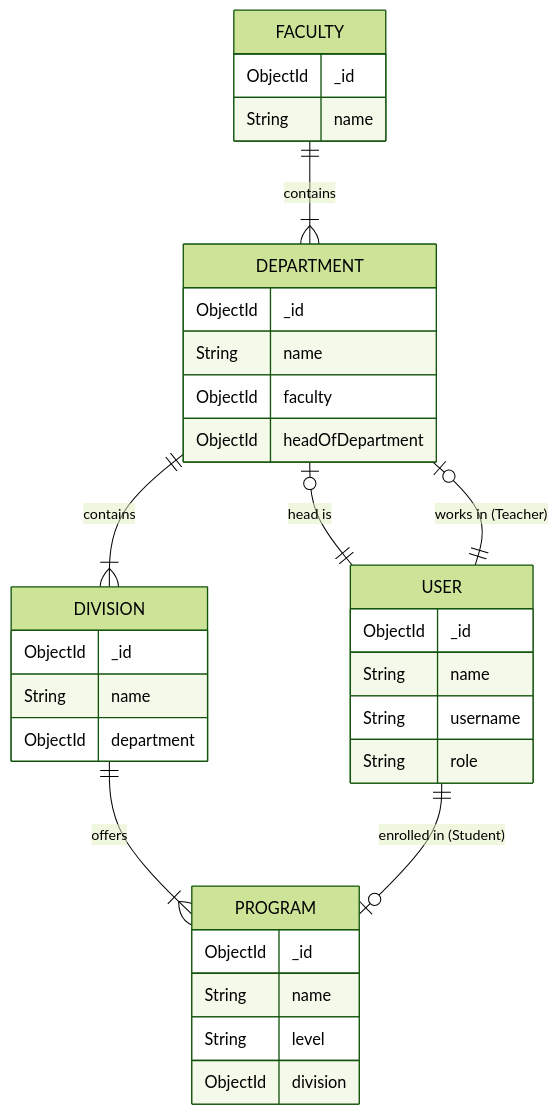
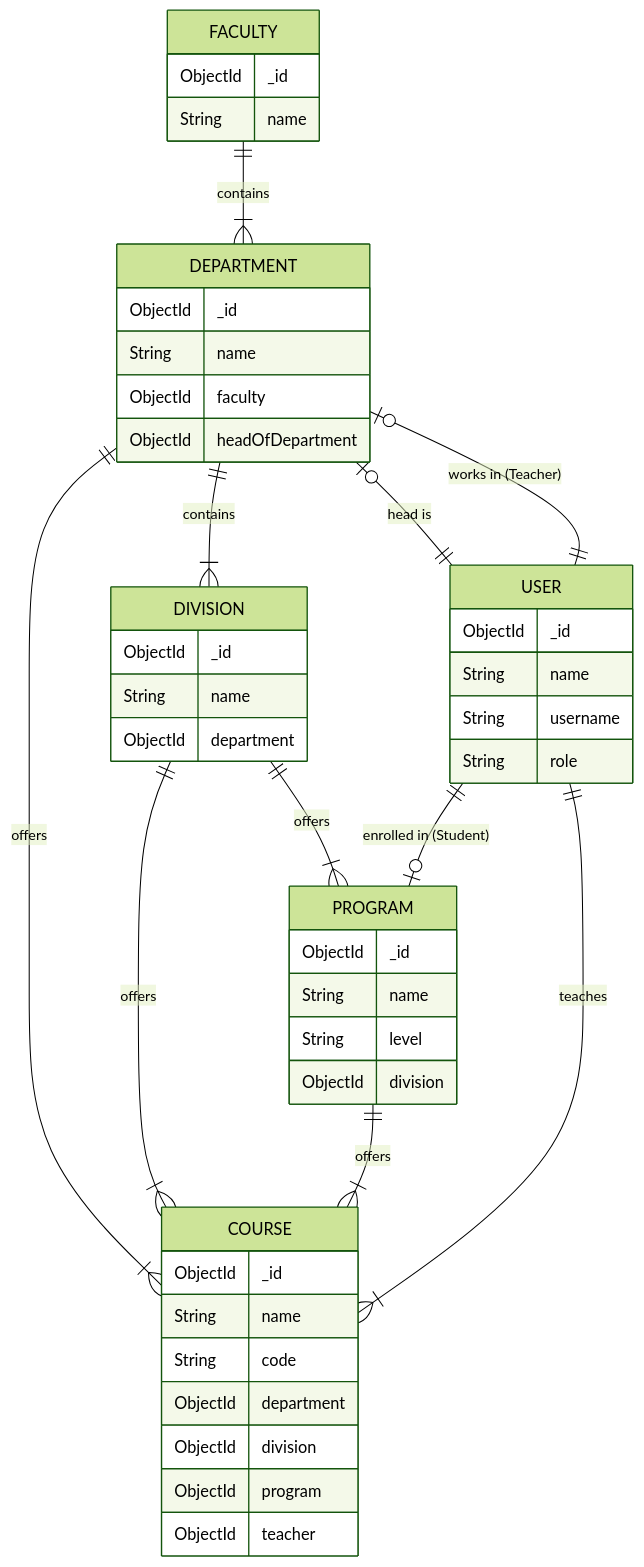
One commit to Ta1al/ams changed the second of 2 diagrams in documentation/models.md. Above: the diagram before and after it, drawn with Mermaid (forest theme). The commit also changed other lines of this file and 1 other file, not shown here.

Commit message:
feat: Add course management documentation including routes and data model

````diff
--- a/documentation/models.md
+++ b/documentation/models.md
@@ -76,43 +112,58 @@
 ```mermaid
 erDiagram
     FACULTY ||--|{ DEPARTMENT : contains
     DEPARTMENT ||--|{ DIVISION : contains
     DIVISION ||--|{ PROGRAM : offers
+
+    DEPARTMENT ||--|{ COURSE : offers
+    DIVISION ||--|{ COURSE : offers
+    PROGRAM ||--|{ COURSE : offers
+    USER ||--|{ COURSE : teaches
     
     USER ||--o| PROGRAM : "enrolled in (Student)"
     USER ||--o| DEPARTMENT : "works in (Teacher)"
     
     DEPARTMENT |o--|| USER : "head is"
 
     FACULTY {
         ObjectId _id
         String name
     }
 
     DEPARTMENT {
         ObjectId _id
         String name
         ObjectId faculty
         ObjectId headOfDepartment
     }
 
     DIVISION {
         ObjectId _id
         String name
         ObjectId department
     }
 
     PROGRAM {
         ObjectId _id
         String name
         String level
         ObjectId division
     }
 
+    COURSE {
+        ObjectId _id
+        String name
+        String code
+        ObjectId department
+        ObjectId division
+        ObjectId program
+        ObjectId teacher
+    }
+
     USER {
         ObjectId _id
         String name
         String username
         String role
     }
 ```
````
